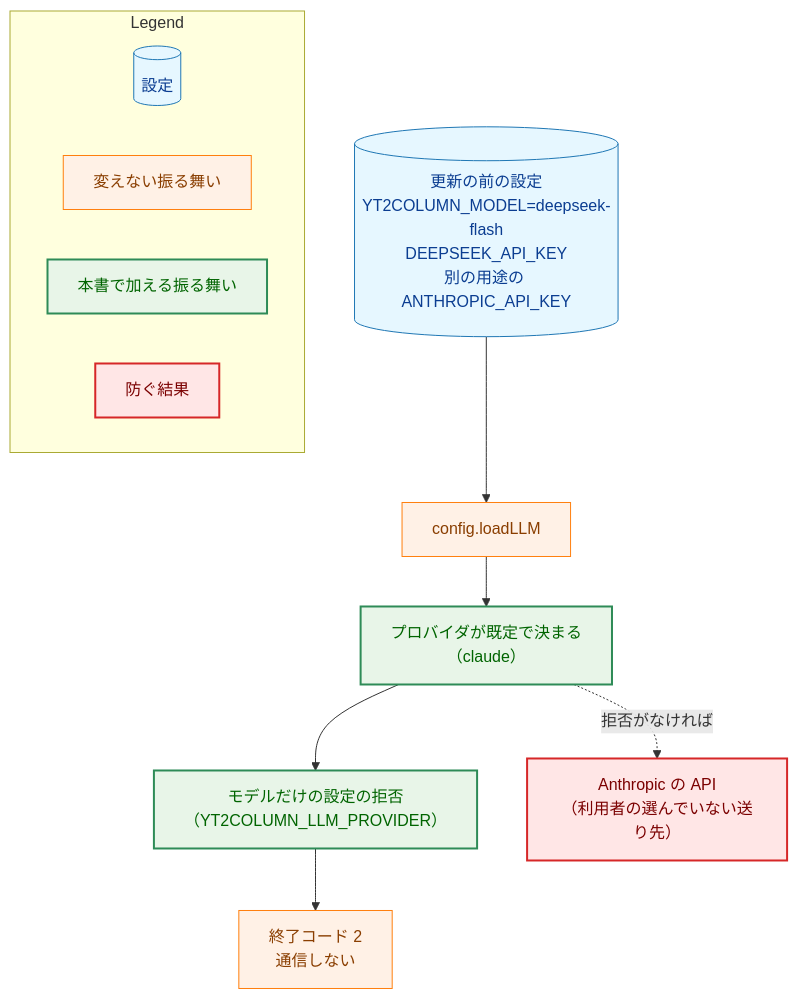
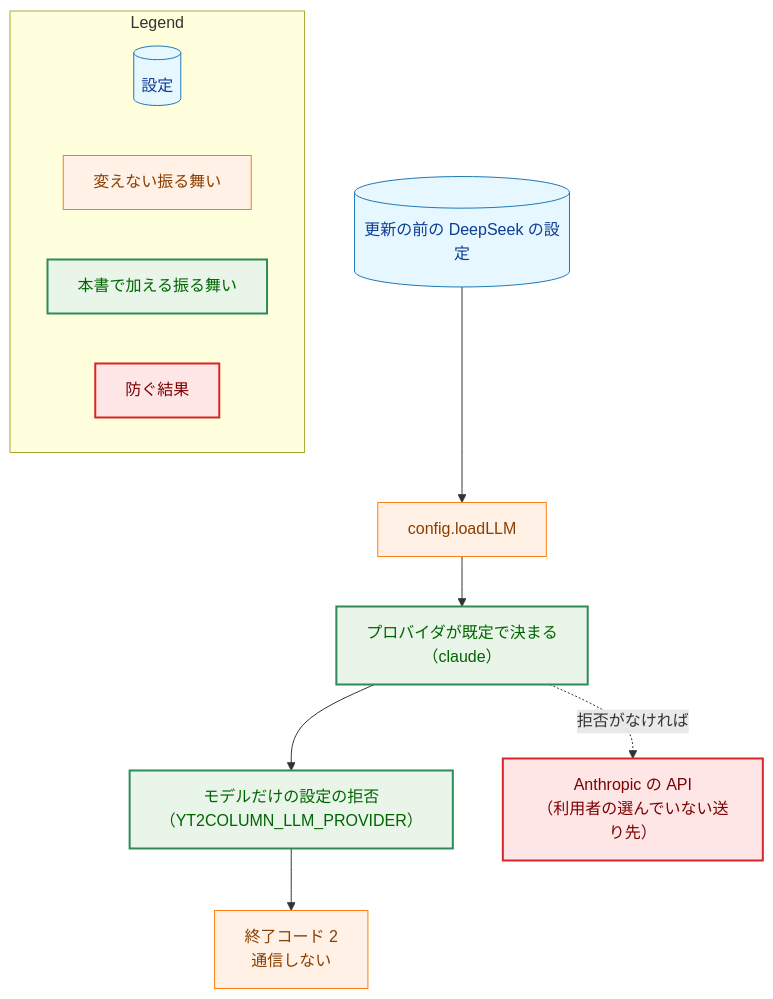
Before and after one commit to isseis/yt2column: the fourth of 5 diagrams in docs/tasks/0042_default_llm_opus/02_architecture.md, drawn with Mermaid. The commit also changed other lines of this file, not shown here.

First line of the commit message:
docs(0042): address architecture review and improve Japanese prose

````diff
--- a/docs/tasks/0042_default_llm_opus/02_architecture.md
+++ b/docs/tasks/0042_default_llm_opus/02_architecture.md
@@ -379,36 +420,36 @@
 ```mermaid
 flowchart TD
     classDef data fill:#e6f7ff,stroke:#1f77b4,stroke-width:1px,color:#0b3d91;
     classDef process fill:#fff1e6,stroke:#ff7f0e,stroke-width:1px,color:#8a3e00;
     classDef enhanced fill:#e8f5e8,stroke:#2e8b57,stroke-width:2px,color:#006400;
     classDef problem fill:#ffe6e6,stroke:#d62728,stroke-width:2px,color:#7b0000;
 
-    OLD[("更新の前の設定<br>YT2COLUMN_MODEL=deepseek-flash<br>DEEPSEEK_API_KEY<br>別の用途の ANTHROPIC_API_KEY")]
+    OLD[("更新の前の DeepSeek の設定")]
     LOADC["config.loadLLM"]
     DEF["プロバイダが既定で決まる<br>（claude）"]
     REJ["モデルだけの設定の拒否<br>（YT2COLUMN_LLM_PROVIDER）"]
     EXIT["終了コード 2<br>通信しない"]
     ANT["Anthropic の API<br>（利用者の選んでいない送り先）"]
 
     OLD --> LOADC
     LOADC --> DEF
     DEF --> REJ
     REJ --> EXIT
     DEF -.->|"拒否がなければ"| ANT
 
     class OLD data
     class LOADC,EXIT process
     class DEF,REJ enhanced
     class ANT problem
 
     subgraph Legend["Legend"]
         L1[("設定")]
         L2["変えない振る舞い"]
         L3["本書で加える振る舞い"]
         L4["防ぐ結果"]
     end
     class L1 data
     class L2 process
     class L3 enhanced
     class L4 problem
 ```
````
